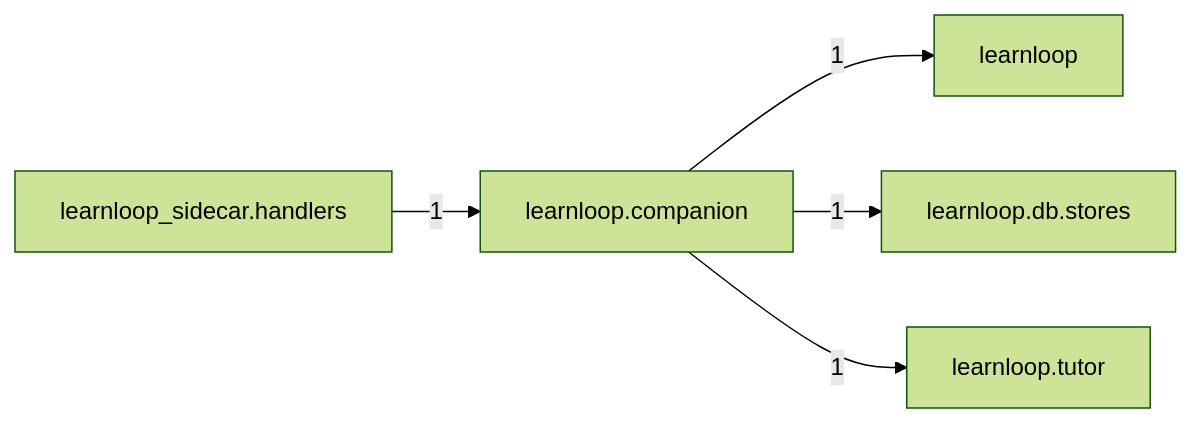
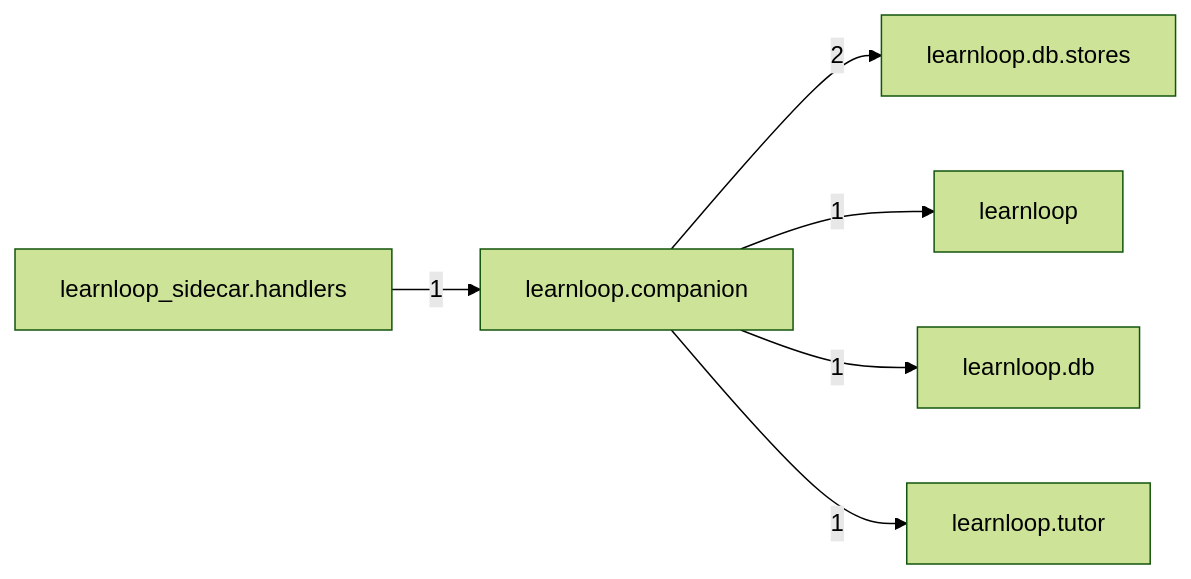
The diagram in docs/learnloop-architecture-vault/Reference/Modules/learnloop/companion/_package.md (6up-b/learnanything), drawn with Mermaid (forest theme) before and after one commit. The commit also changed other lines of this file and 49 other files, not shown here.

````diff
--- a/docs/learnloop-architecture-vault/Reference/Modules/learnloop/companion/_package.md
+++ b/docs/learnloop-architecture-vault/Reference/Modules/learnloop/companion/_package.md
@@ -65,12 +66,14 @@
 ```mermaid
 flowchart LR
     center["learnloop.companion"]
+    n_learnloop_db_stores["learnloop.db.stores"]
     n_learnloop["learnloop"]
-    n_learnloop_db_stores["learnloop.db.stores"]
+    n_learnloop_db["learnloop.db"]
     n_learnloop_tutor["learnloop.tutor"]
     n_learnloop_sidecar_handlers["learnloop_sidecar.handlers"]
+    center -->|2| n_learnloop_db_stores
     center -->|1| n_learnloop
-    center -->|1| n_learnloop_db_stores
+    center -->|1| n_learnloop_db
     center -->|1| n_learnloop_tutor
     n_learnloop_sidecar_handlers -->|1| center
 ```
````
